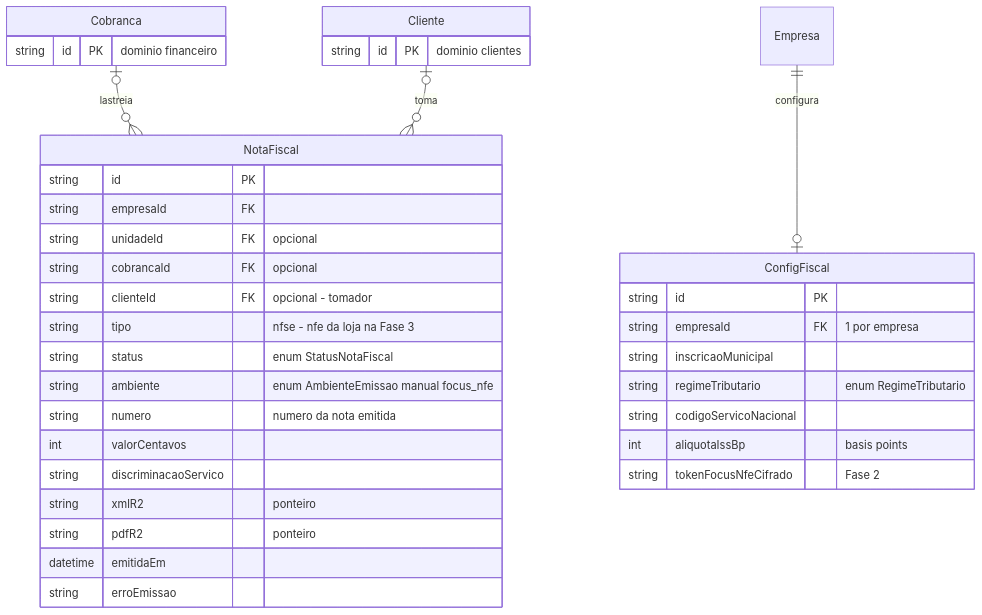
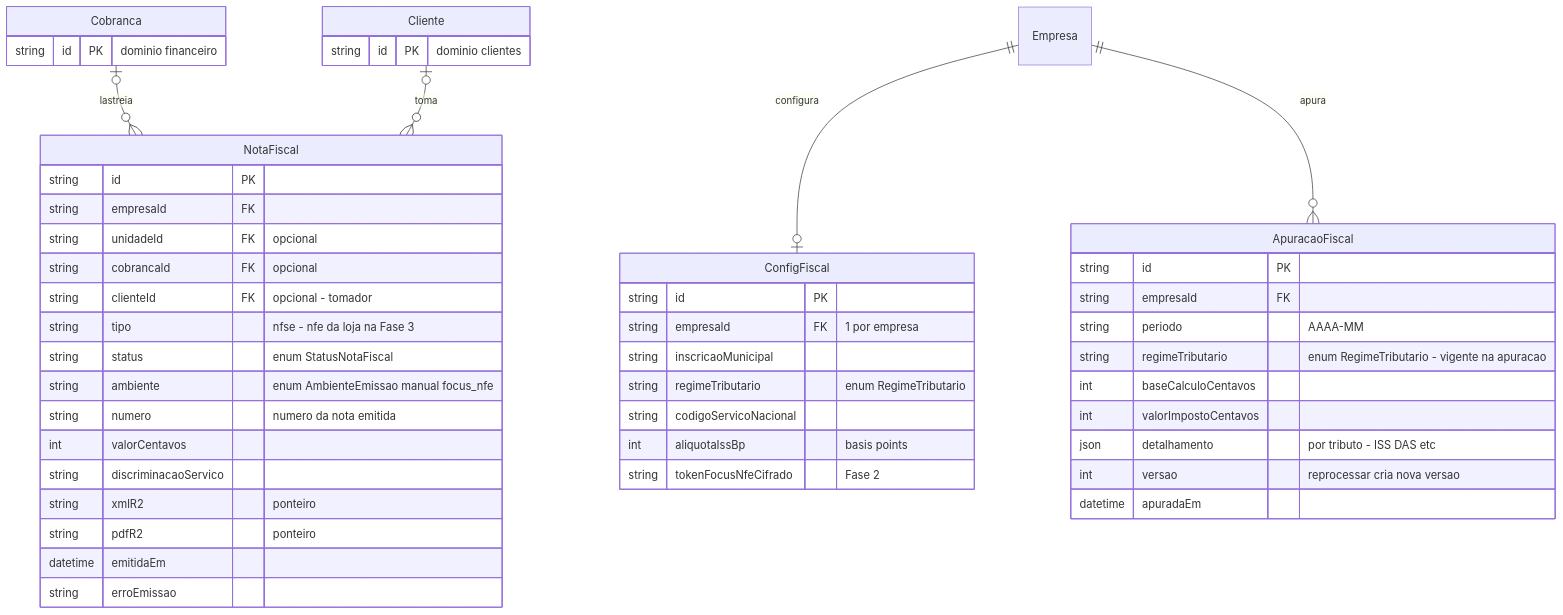
The seventh of 10 diagrams in docs/02-modelo-de-dados.md (enesioteixeira/agendaai), drawn with Mermaid before and after one commit. The commit also changed other lines of this file and 7 other files, not shown here.

````diff
--- a/docs/02-modelo-de-dados.md
+++ b/docs/02-modelo-de-dados.md
@@ -764,39 +771,51 @@
 ```mermaid
 erDiagram
     Cobranca |o--o{ NotaFiscal : lastreia
     Cliente |o--o{ NotaFiscal : toma
     Empresa ||--o| ConfigFiscal : configura
+    Empresa ||--o{ ApuracaoFiscal : apura
 
     Cobranca {
         string id PK "dominio financeiro"
     }
     Cliente {
         string id PK "dominio clientes"
     }
     NotaFiscal {
         string id PK
         string empresaId FK
         string unidadeId FK "opcional"
         string cobrancaId FK "opcional"
         string clienteId FK "opcional - tomador"
         string tipo "nfse - nfe da loja na Fase 3"
         string status "enum StatusNotaFiscal"
         string ambiente "enum AmbienteEmissao manual focus_nfe"
         string numero "numero da nota emitida"
         int valorCentavos
         string discriminacaoServico
         string xmlR2 "ponteiro"
         string pdfR2 "ponteiro"
         datetime emitidaEm
         string erroEmissao
     }
     ConfigFiscal {
         string id PK
         string empresaId FK "1 por empresa"
         string inscricaoMunicipal
         string regimeTributario "enum RegimeTributario"
         string codigoServicoNacional
         int aliquotaIssBp "basis points"
         string tokenFocusNfeCifrado "Fase 2"
     }
+    ApuracaoFiscal {
+        string id PK
+        string empresaId FK
+        string periodo "AAAA-MM"
+        string regimeTributario "enum RegimeTributario - vigente na apuracao"
+        int baseCalculoCentavos
+        int valorImpostoCentavos
+        json detalhamento "por tributo - ISS DAS etc"
+        int versao "reprocessar cria nova versao"
+        datetime apuradaEm
+    }
 ```
````
